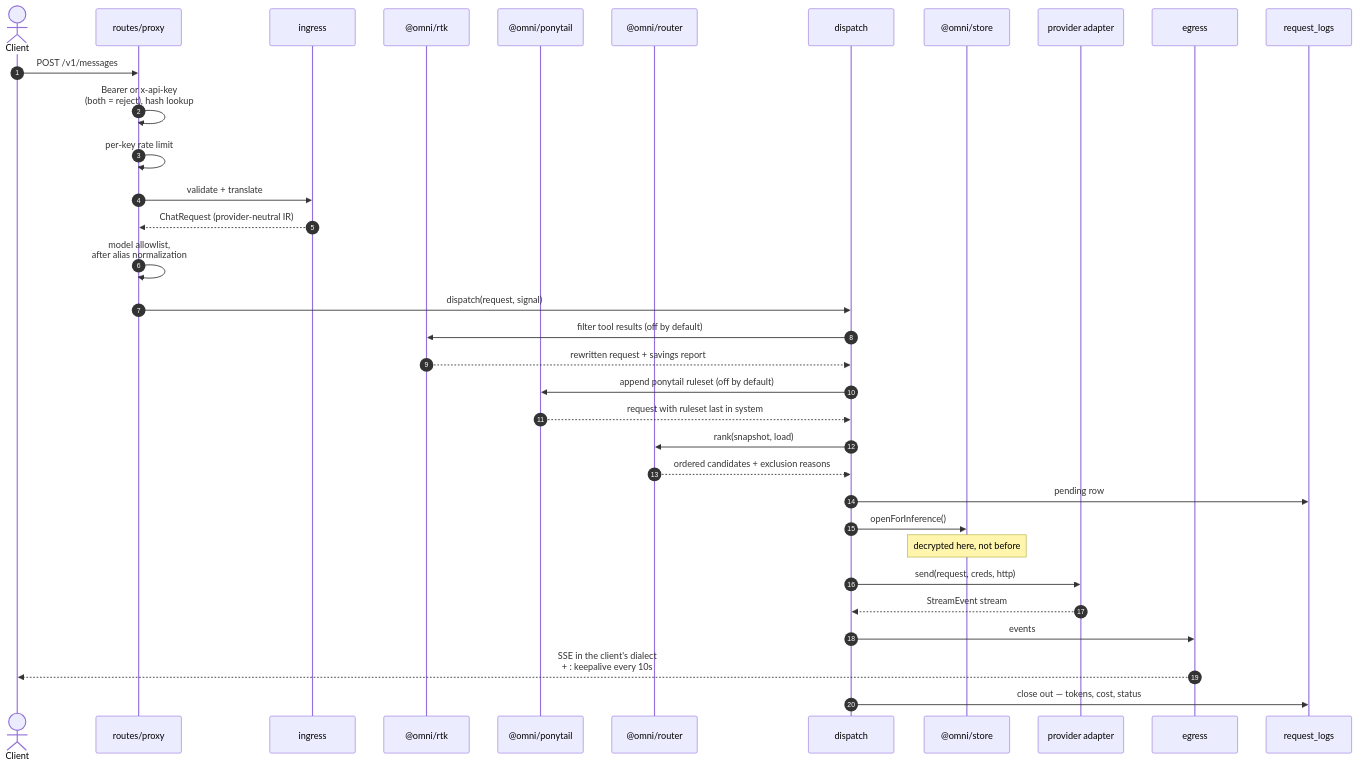
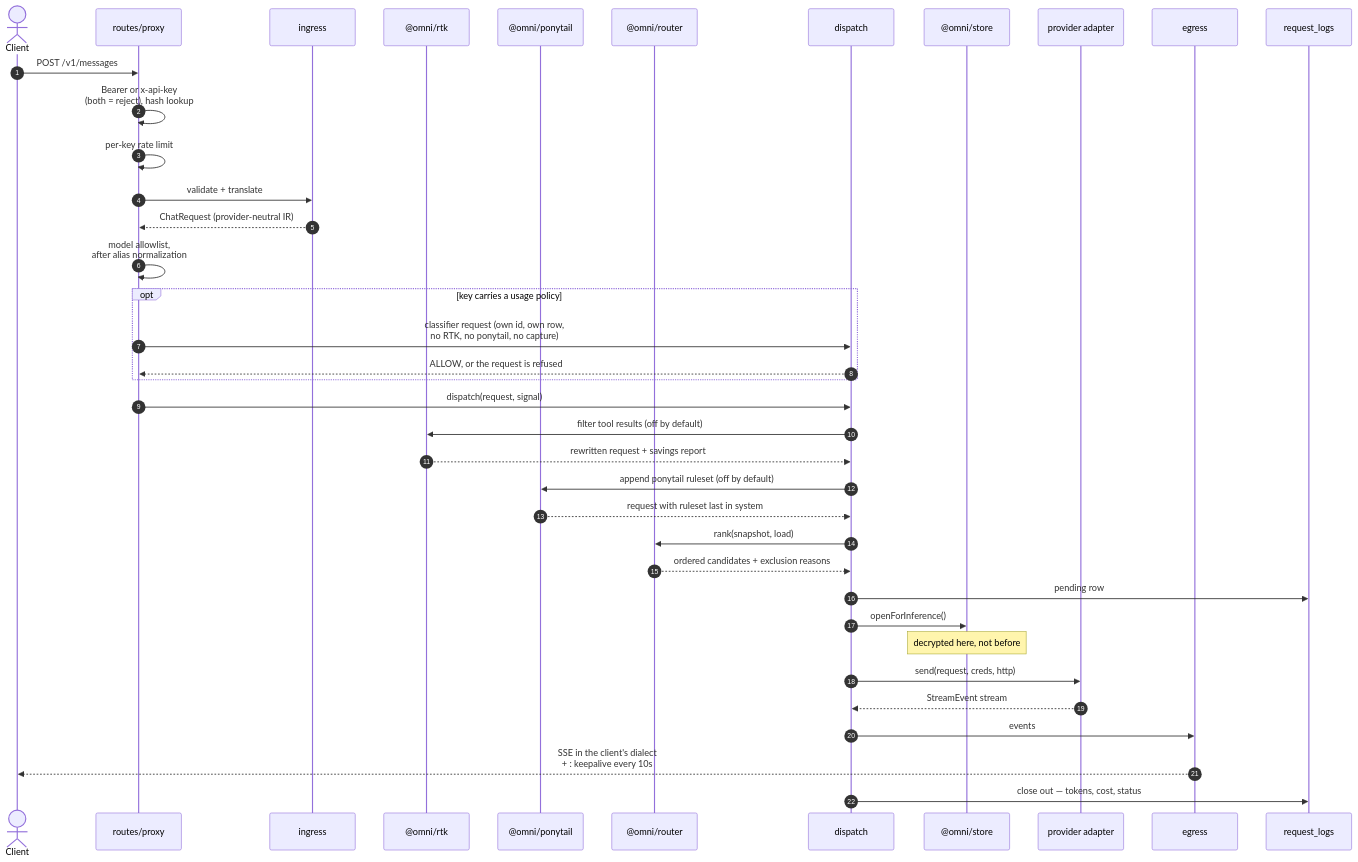
One commit to harismawan/omnigateway changed the second of 18 diagrams in ARCHITECTURE.md. Above: the diagram before and after it, drawn with Mermaid. The commit also changed other lines of this file and 7 other files, not shown here.

First line of the commit message:
docs: per-key usage policies in README, ARCHITECTURE, operations, ROADMAP, CLAUDE

````diff
--- a/ARCHITECTURE.md
+++ b/ARCHITECTURE.md
@@ -112,37 +112,41 @@
 ```mermaid
 sequenceDiagram
   autonumber
   actor Client
   participant Route as routes/proxy
   participant In as ingress
   participant RTK as @omni/rtk
   participant Pony as @omni/ponytail
   participant Router as @omni/router
   participant Disp as dispatch
   participant Cred as @omni/store
   participant Prov as provider adapter
   participant Out as egress
   participant Log as request_logs
 
   Client->>Route: POST /v1/messages
   Route->>Route: Bearer or x-api-key<br/>(both = reject), hash lookup
   Route->>Route: per-key rate limit
   Route->>In: validate + translate
   In-->>Route: ChatRequest (provider-neutral IR)
   Route->>Route: model allowlist,<br/>after alias normalization
+  opt key carries a usage policy
+    Route->>Disp: classifier request (own id, own row,<br/>no RTK, no ponytail, no capture)
+    Disp-->>Route: ALLOW, or the request is refused
+  end
   Route->>Disp: dispatch(request, signal)
   Disp->>RTK: filter tool results (off by default)
   RTK-->>Disp: rewritten request + savings report
   Disp->>Pony: append ponytail ruleset (off by default)
   Pony-->>Disp: request with ruleset last in system
   Disp->>Router: rank(snapshot, load)
   Router-->>Disp: ordered candidates + exclusion reasons
   Disp->>Log: pending row
   Disp->>Cred: openForInference()
   Note over Cred: decrypted here, not before
   Disp->>Prov: send(request, creds, http)
   Prov-->>Disp: StreamEvent stream
   Disp->>Out: events
   Out-->>Client: SSE in the client's dialect<br/>+ : keepalive every 10s
   Disp->>Log: close out — tokens, cost, status
 ```
````
